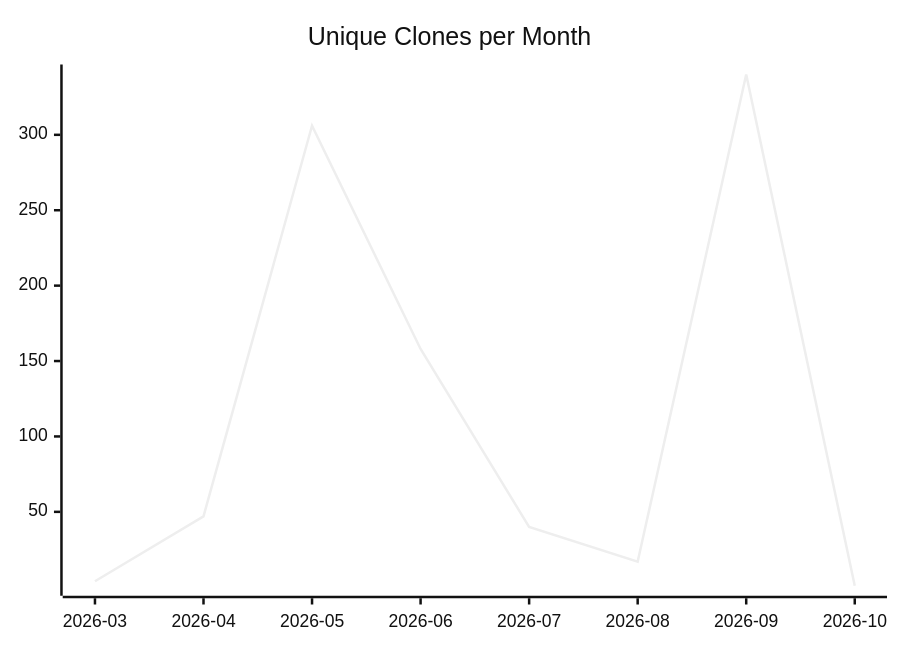
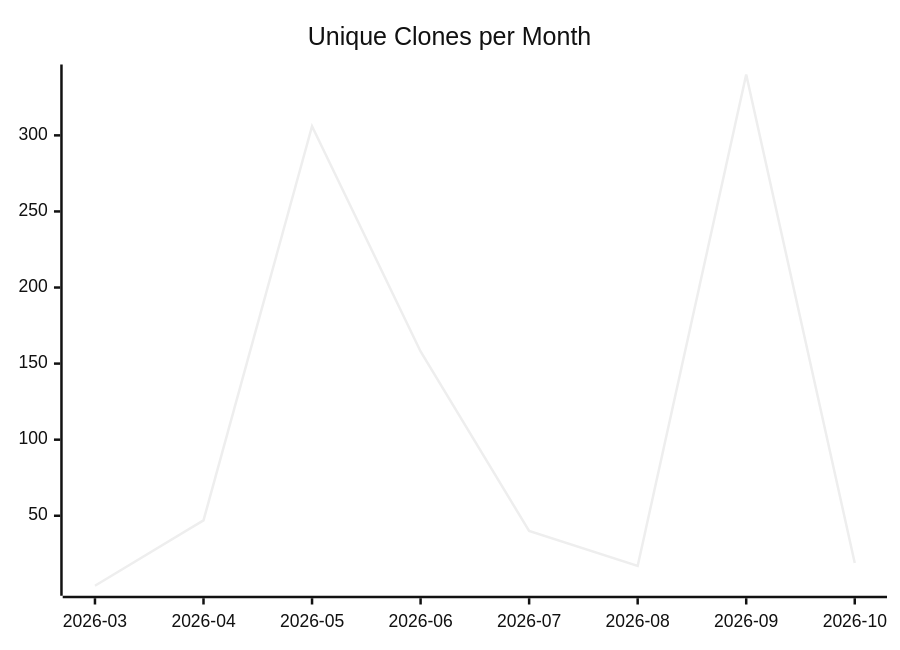
The third of 3 diagrams in karlmdavis/dotfiles/README.md (justdavis-family/github-analytics-data), drawn with Mermaid (neutral theme) before and after one commit. The commit also changed other lines of this file and 200 other files, not shown here.

````diff
--- a/karlmdavis/dotfiles/README.md
+++ b/karlmdavis/dotfiles/README.md
@@ -19,6 +19,6 @@
 ```mermaid
 xychart-beta
   title "Unique Clones per Month"
   x-axis ["2026-03", "2026-04", "2026-05", "2026-06", "2026-07", "2026-08", "2026-09", "2026-10"]
-  line [4, 47, 306, 158, 40, 17, 340, 1]
+  line [4, 47, 306, 158, 40, 17, 340, 19]
 ```
````
